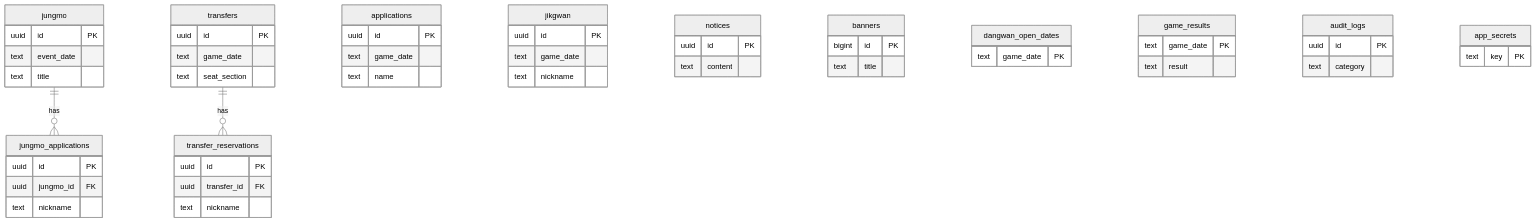
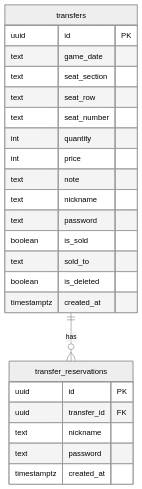
Before and after one commit to Mungwani/LGorism: the third of 5 diagrams in README.md, drawn with Mermaid (neutral theme). The commit also changed other lines of this file, not shown here.

Commit message:
docs: ERD를 영역별로 나눠서 세로로 배치, 전체 컬럼 복원

````diff
--- a/README.md
+++ b/README.md
@@ -71,58 +129,29 @@
 ```mermaid
 erDiagram
-    jungmo ||--o{ jungmo_applications : "has"
     transfers ||--o{ transfer_reservations : "has"
 
-    applications {
-        uuid id PK
-        text game_date
-        text name
-    }
-    jikgwan {
-        uuid id PK
-        text game_date
-        text nickname
-    }
-    jungmo {
-        uuid id PK
-        text event_date
-        text title
-    }
-    jungmo_applications {
-        uuid id PK
-        uuid jungmo_id FK
-        text nickname
-    }
     transfers {
         uuid id PK
         text game_date
         text seat_section
+        text seat_row
+        text seat_number
+        int quantity
+        int price
+        text note
+        text nickname
+        text password
+        boolean is_sold
+        text sold_to
+        boolean is_deleted
+        timestamptz created_at
     }
+
     transfer_reservations {
         uuid id PK
         uuid transfer_id FK
         text nickname
-    }
-    notices {
-        uuid id PK
-        text content
-    }
-    banners {
-        bigint id PK
-        text title
-    }
-    dangwan_open_dates {
-        text game_date PK
-    }
-    game_results {
-        text game_date PK
-        text result
-    }
-    audit_logs {
-        uuid id PK
-        text category
-    }
-    app_secrets {
-        text key PK
+        text password
+        timestamptz created_at
     }
 ```
````
